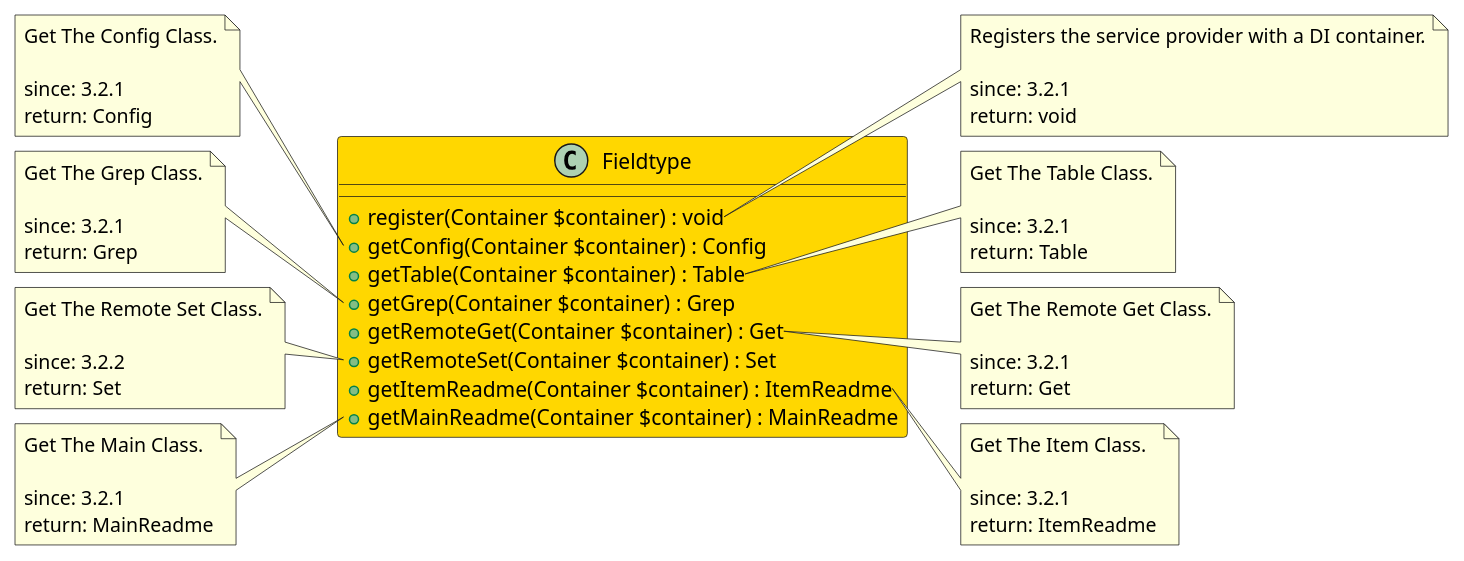
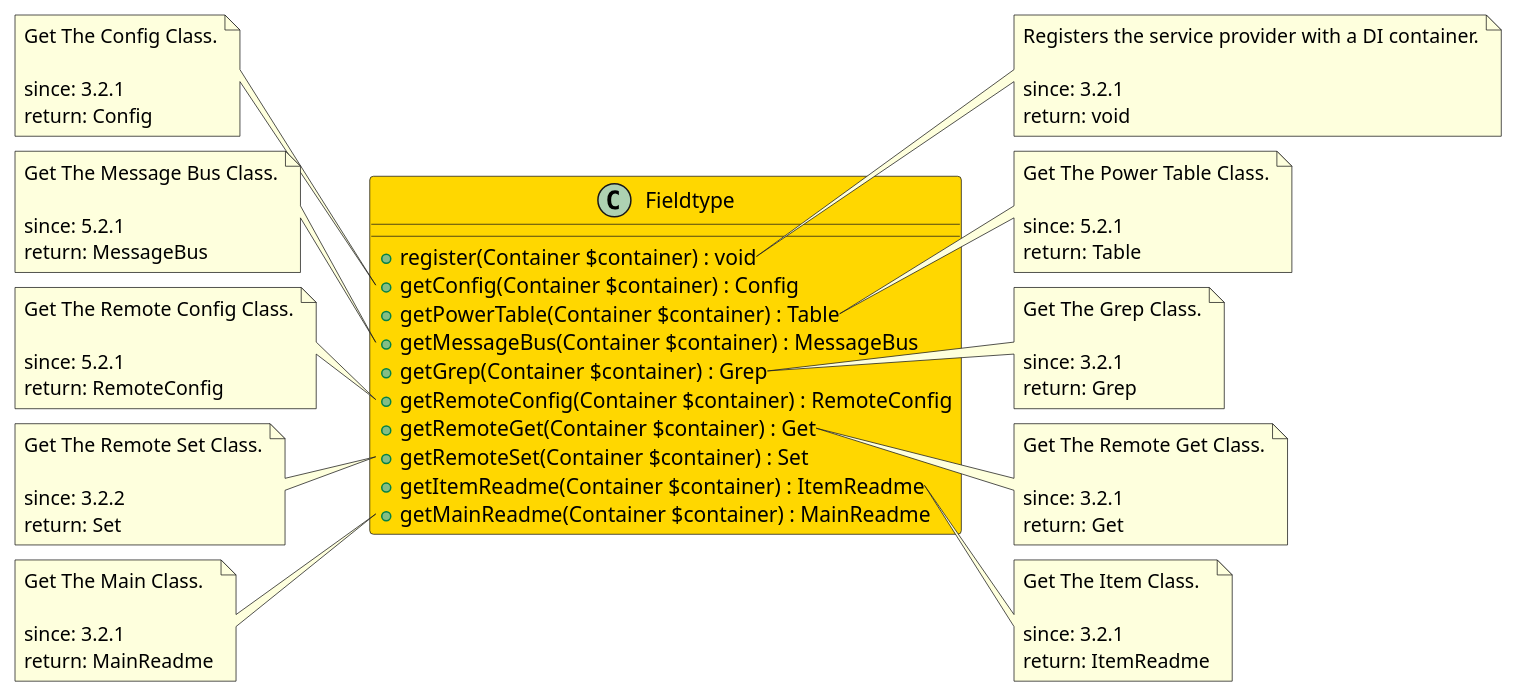
Before and after one commit to joomengine/jcb-compiler: the diagram in src/4adfb171-2580-4d57-8fbb-fb92cfd11046/README.md, drawn with PlantUML. The commit also changed 99 other files, not shown here.

```diff
--- a/src/4adfb171-2580-4d57-8fbb-fb92cfd11046/README.md
+++ b/src/4adfb171-2580-4d57-8fbb-fb92cfd11046/README.md
@@ -14,8 +14,10 @@
 class Fieldtype  #Gold {
   + register(Container $container) : void
   + getConfig(Container $container) : Config
-  + getTable(Container $container) : Table
+  + getPowerTable(Container $container) : Table
+  + getMessageBus(Container $container) : MessageBus
   + getGrep(Container $container) : Grep
+  + getRemoteConfig(Container $container) : RemoteConfig
   + getRemoteGet(Container $container) : Get
   + getRemoteSet(Container $container) : Set
   + getItemReadme(Container $container) : ItemReadme
@@ -36,18 +38,32 @@
   return: Config
 end note
 
-note right of Fieldtype::getTable
-  Get The Table Class.
+note right of Fieldtype::getPowerTable
+  Get The Power Table Class.
 
-  since: 3.2.1
+  since: 5.2.1
   return: Table
 end note
 
-note left of Fieldtype::getGrep
+note left of Fieldtype::getMessageBus
+  Get The Message Bus Class.
+
+  since: 5.2.1
+  return: MessageBus
+end note
+
+note right of Fieldtype::getGrep
   Get The Grep Class.
 
   since: 3.2.1
   return: Grep
+end note
+
+note left of Fieldtype::getRemoteConfig
+  Get The Remote Config Class.
+
+  since: 5.2.1
+  return: RemoteConfig
 end note
 
 note right of Fieldtype::getRemoteGet
```
